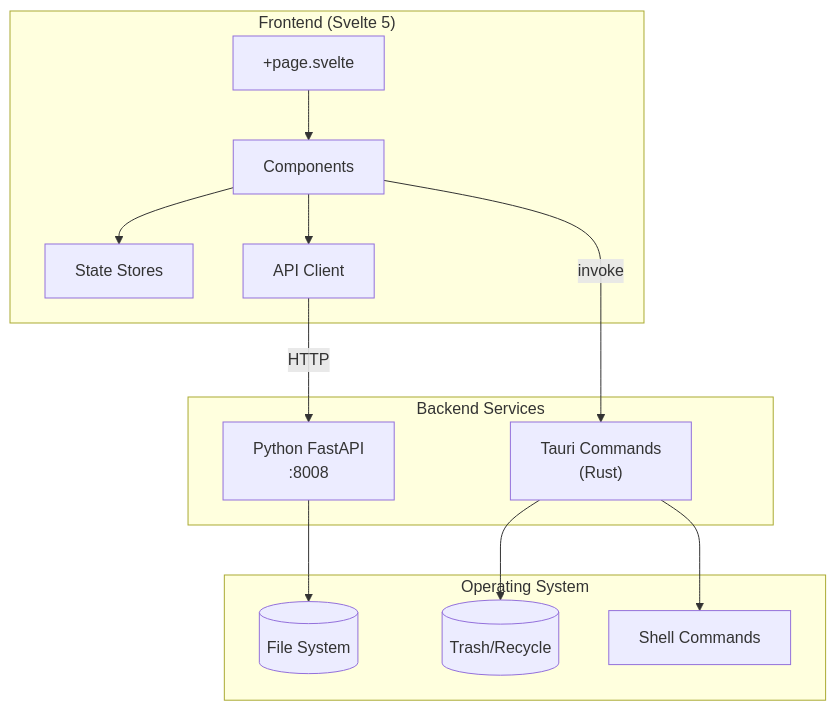
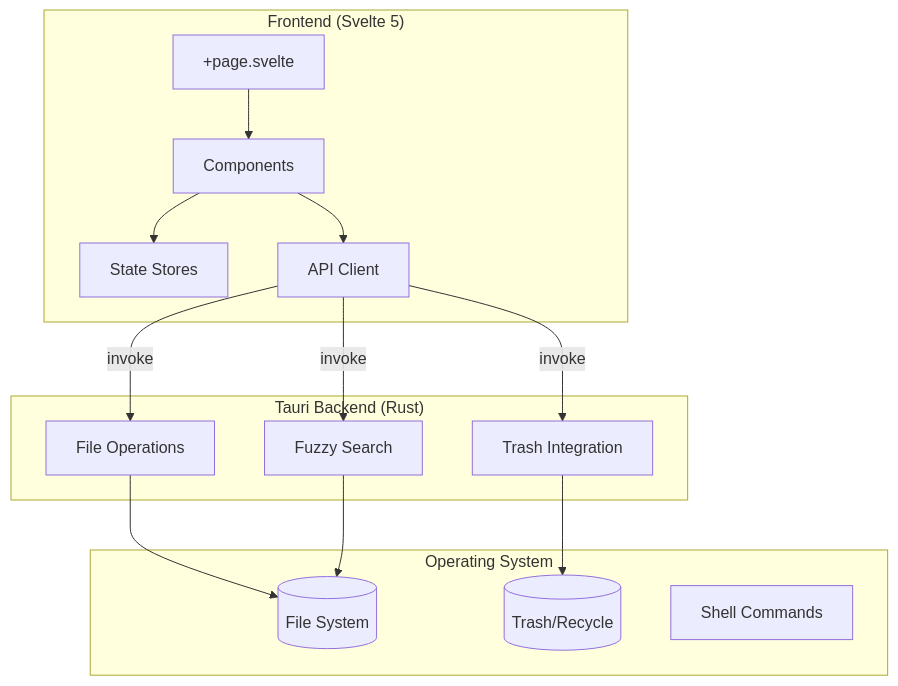
The first of 5 diagrams in docs/CODEBASE_MAP.md (xnmp/tauri-explorer), drawn with Mermaid before and after one commit. The commit also changed other lines of this file and 37 other files, not shown here.

First line of the commit message:
Migrate backend from Python FastAPI to Rust Tauri commands

````diff
--- a/docs/CODEBASE_MAP.md
+++ b/docs/CODEBASE_MAP.md
@@ -15,29 +17,31 @@
 ```mermaid
 graph TB
     subgraph Frontend["Frontend (Svelte 5)"]
         Pages["+page.svelte"]
         Components["Components"]
         State["State Stores"]
         API["API Client"]
     end
 
-    subgraph Backend["Backend Services"]
-        Python["Python FastAPI<br/>:8008"]
-        Tauri["Tauri Commands<br/>(Rust)"]
+    subgraph Backend["Tauri Backend (Rust)"]
+        Files["File Operations"]
+        Search["Fuzzy Search"]
+        Trash["Trash Integration"]
     end
 
     subgraph System["Operating System"]
         FS[(File System)]
-        Trash[(Trash/Recycle)]
+        TrashBin[(Trash/Recycle)]
         Shell[Shell Commands]
     end
 
     Pages --> Components
     Components --> State
     Components --> API
-    API -->|HTTP| Python
-    Components -->|invoke| Tauri
-    Python --> FS
-    Tauri --> Trash
-    Tauri --> Shell
+    API -->|invoke| Files
+    API -->|invoke| Search
+    API -->|invoke| Trash
+    Files --> FS
+    Search --> FS
+    Trash --> TrashBin
 ```
````
